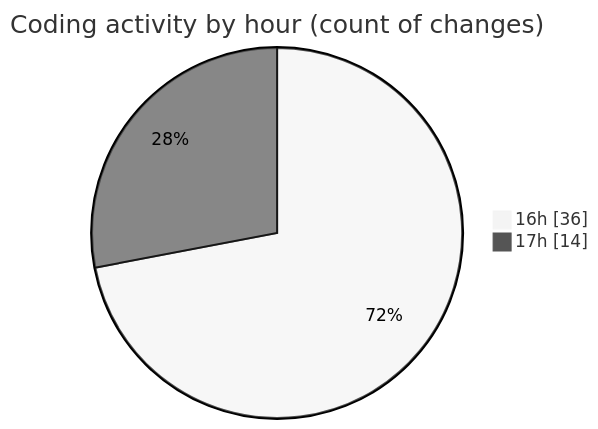
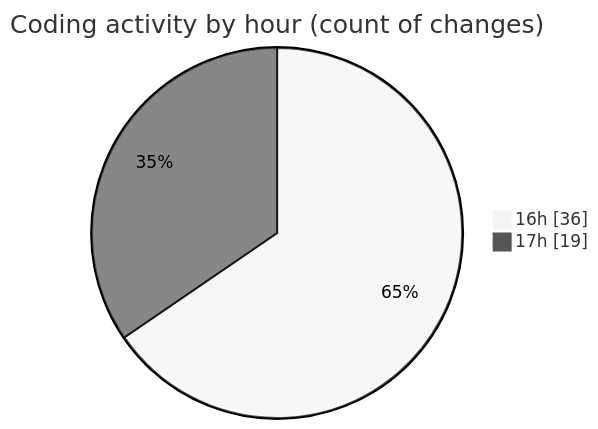
Before and after one commit to robertbonfada/code-tracking: the second of 2 diagrams in 2025-03-11/mbc-web/README.md, drawn with Mermaid (neutral theme). The commit also changed other lines of this file and 1 other file, not shown here.

````diff
--- a/2025-03-11/mbc-web/README.md
+++ b/2025-03-11/mbc-web/README.md
@@ -39,6 +39,6 @@
 ```mermaid
 pie showData
 title Coding activity by hour (count of changes)
 "16h" : 36
-"17h" : 14
+"17h" : 19
 ```
````
